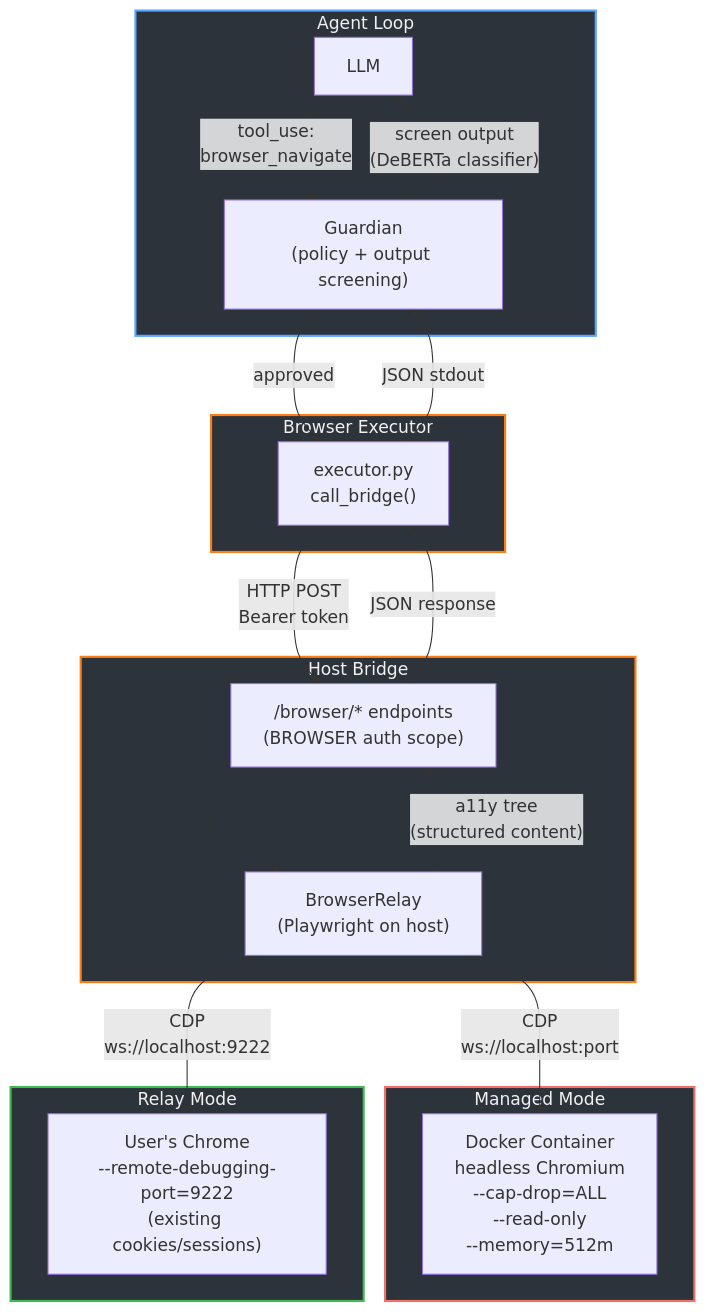
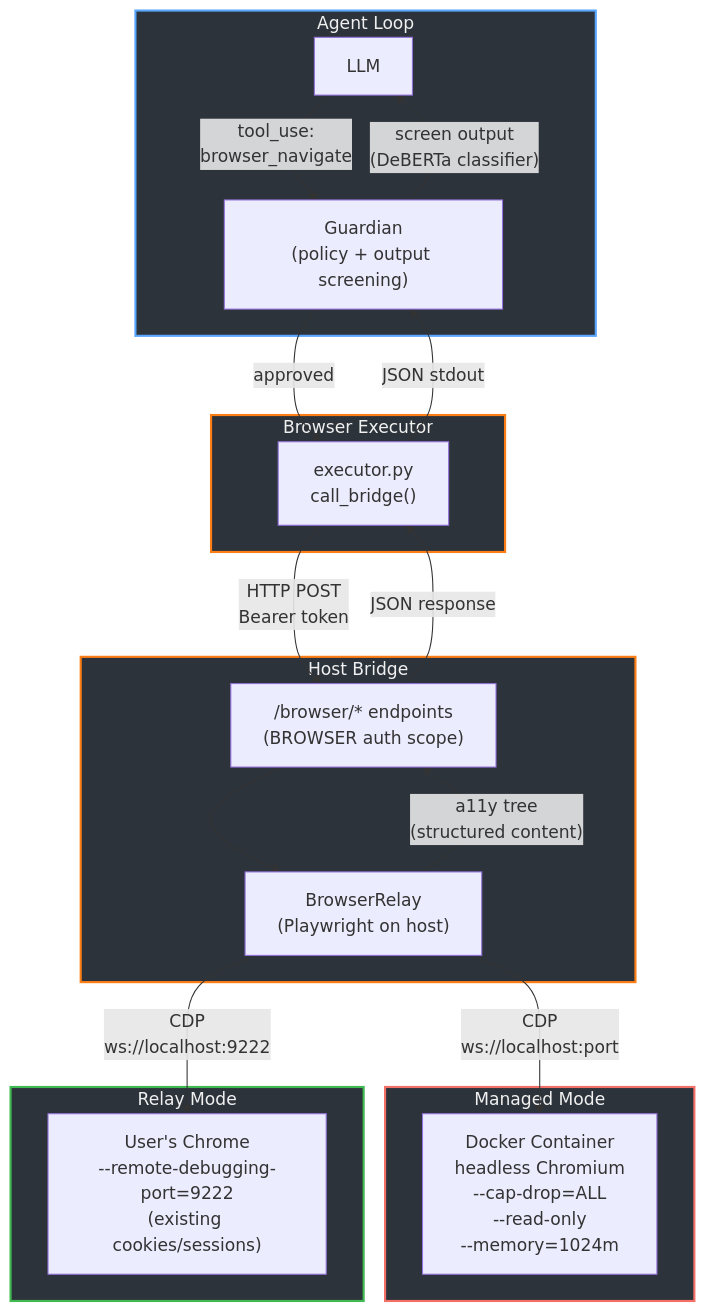
Before and after one commit to Creel-ai/creel: the first of 4 diagrams in docs/architecture/browser.md, drawn with Mermaid. The commit also changed other lines of this file and 14 other files, not shown here.

````diff
--- a/docs/architecture/browser.md
+++ b/docs/architecture/browser.md
@@ -7,42 +7,42 @@
 ```mermaid
 flowchart TD
     subgraph agent["Agent Loop"]
         llm["LLM"]
         guardian["Guardian\n(policy + output screening)"]
     end
 
     subgraph executor["Browser Executor"]
         exec_main["executor.py\ncall_bridge()"]
     end
 
     subgraph bridge["Host Bridge"]
         endpoints["/browser/* endpoints\n(BROWSER auth scope)"]
         relay_svc["BrowserRelay\n(Playwright on host)"]
     end
 
     subgraph managed["Managed Mode"]
-        docker["Docker Container\nheadless Chromium\n--cap-drop=ALL\n--read-only\n--memory=512m"]
+        docker["Docker Container\nheadless Chromium\n--cap-drop=ALL\n--read-only\n--memory=1024m"]
     end
 
     subgraph relay_mode["Relay Mode"]
         chrome["User's Chrome\n--remote-debugging-port=9222\n(existing cookies/sessions)"]
     end
 
     llm -- "tool_use:\nbrowser_navigate" --> guardian
     guardian -- "approved" --> exec_main
     exec_main -- "HTTP POST\nBearer token" --> endpoints
     endpoints --> relay_svc
     relay_svc -- "CDP\nws://localhost:port" --> docker
     relay_svc -- "CDP\nws://localhost:9222" --> chrome
 
     relay_svc -- "a11y tree\n(structured content)" --> endpoints
     endpoints -- "JSON response" --> exec_main
     exec_main -- "JSON stdout" --> guardian
     guardian -- "screen output\n(DeBERTa classifier)" --> llm
 
     style agent fill:#2d333b,stroke:#58a6ff,stroke-width:2px,color:#f0f0f0
     style executor fill:#2d333b,stroke:#fd7e14,stroke-width:2px,color:#f0f0f0
     style bridge fill:#2d333b,stroke:#fd7e14,stroke-width:2px,color:#f0f0f0
     style managed fill:#2d333b,stroke:#f47067,stroke-width:2px,color:#f0f0f0
     style relay_mode fill:#2d333b,stroke:#3fb950,stroke-width:2px,color:#f0f0f0
 ```
````
